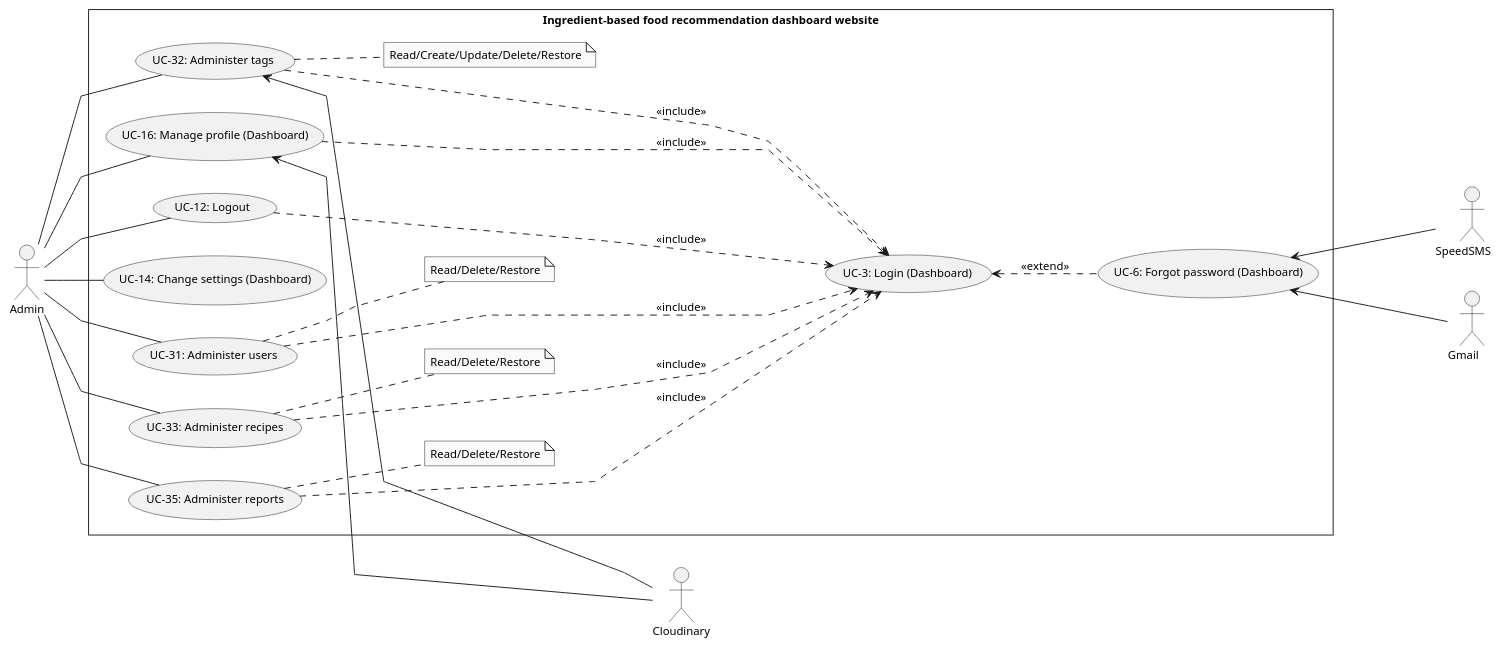
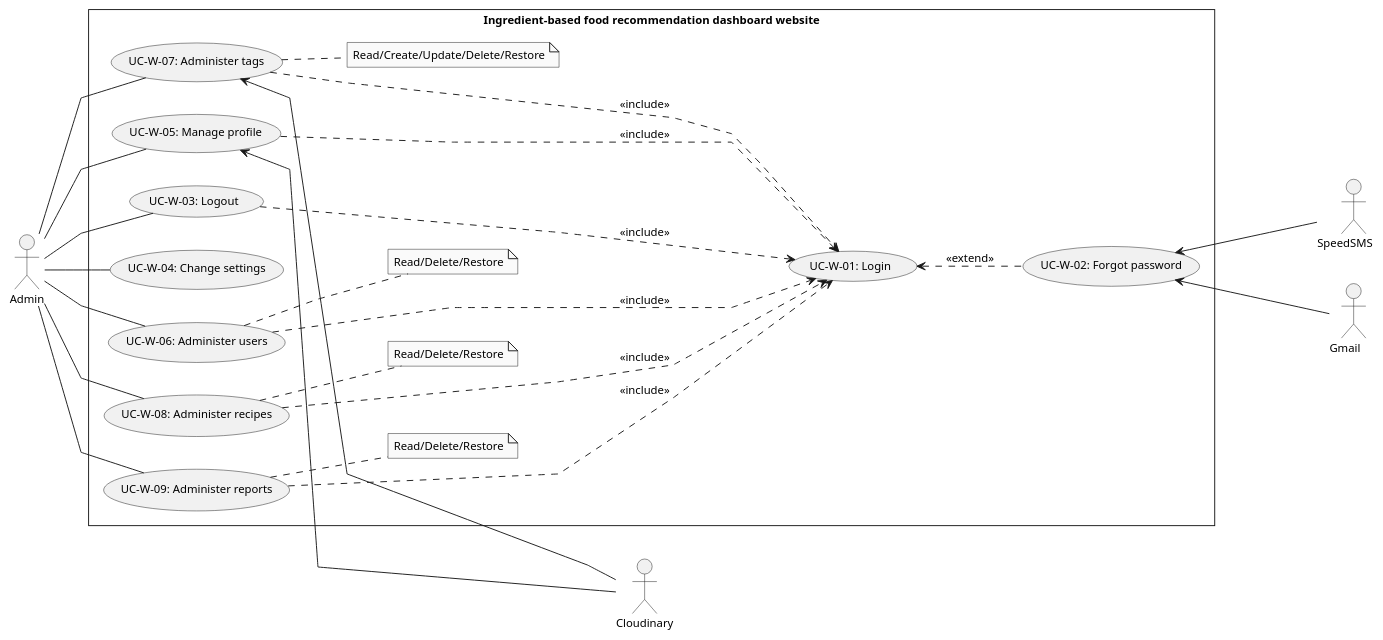
One commit to Carl-Johnsons/tastopia changed the diagram in doc/SRS/Usecase/AdminUsecase/AdminUsecase.plantuml. Above: the diagram before and after it, drawn with PlantUML. The commit also changed 50 other files, not shown here.

```diff
--- a/doc/SRS/Usecase/AdminUsecase/AdminUsecase.plantuml
+++ b/doc/SRS/Usecase/AdminUsecase/AdminUsecase.plantuml
@@ -1,57 +1,57 @@
 @startuml AdminUsecase
 skinparam style strictuml
 skinparam monochrome true
 skinparam linetype polyline
 skinparam defaultFontSize 12
 left to right direction
 actor "Admin" as admin
 actor "Cloudinary" as cl
 actor "SpeedSMS      " as sms
 actor "Gmail      " as gmail
 
 rectangle Ingredient-based<U+0020>food<U+0020>recommendation<U+0020>dashboard<U+0020>website {
-    usecase "UC-3: Login (Dashboard)" as ucLogin
-    usecase "UC-6: Forgot password (Dashboard)" as ucForgotPassword
-    usecase "UC-12: Logout" as ucLogout
-    usecase "UC-14: Change settings (Dashboard)" as ucManageSetting
-    usecase "UC-16: Manage profile (Dashboard)" as ucManageProfile
+    usecase "UC-W-01: Login" as ucLogin
+    usecase "UC-W-02: Forgot password" as ucForgotPassword
+    usecase "UC-W-03: Logout" as ucLogout
+    usecase "UC-W-04: Change settings" as ucManageSetting
+    usecase "UC-W-05: Manage profile" as ucManageProfile
 
-    usecase "UC-31: Administer users" as ucAdmUser
-    usecase "UC-32: Administer tags" as ucAdmTags
-    usecase "UC-33: Administer recipes" as ucAdmRecipe
-    usecase "UC-35: Administer reports" as ucAdmReport
+    usecase "UC-W-06: Administer users" as ucAdmUser
+    usecase "UC-W-07: Administer tags" as ucAdmTags
+    usecase "UC-W-08: Administer recipes" as ucAdmRecipe
+    usecase "UC-W-09: Administer reports" as ucAdmReport
 
 
     note "Read/Delete/Restore" as noteAdmUser
     note "Read/Delete/Restore" as noteAdmRecipe
     note "Read/Create/Update/Delete/Restore" as noteAdmTag
     note "Read/Delete/Restore" as noteAdmReport
 
     admin -- ucAdmUser
         ucAdmUser .. noteAdmUser
     admin -- ucAdmRecipe
         ucAdmRecipe .. noteAdmRecipe
     admin -- ucAdmReport
         ucAdmReport .. noteAdmReport
     admin -- ucAdmTags
         ucAdmTags .. noteAdmTag
     admin -- ucManageProfile
     admin -- ucManageSetting
     admin -- ucLogout
 
     ucLogout .....> ucLogin : <<include>>
     ucAdmUser .....> ucLogin : <<include>>
     ucAdmRecipe .....> ucLogin : <<include>>
     ucAdmTags .....> ucLogin : <<include>>
     ucManageProfile .....> ucLogin : <<include>>
     ucAdmReport .....> ucLogin : <<include>>
 
     ucLogin <.. ucForgotPassword : <<extend>>
 
     cl --up-> ucManageProfile
     cl --up-> ucAdmTags
     sms --up-> ucForgotPassword
     gmail --up-> ucForgotPassword
 }
 
 @enduml
```
